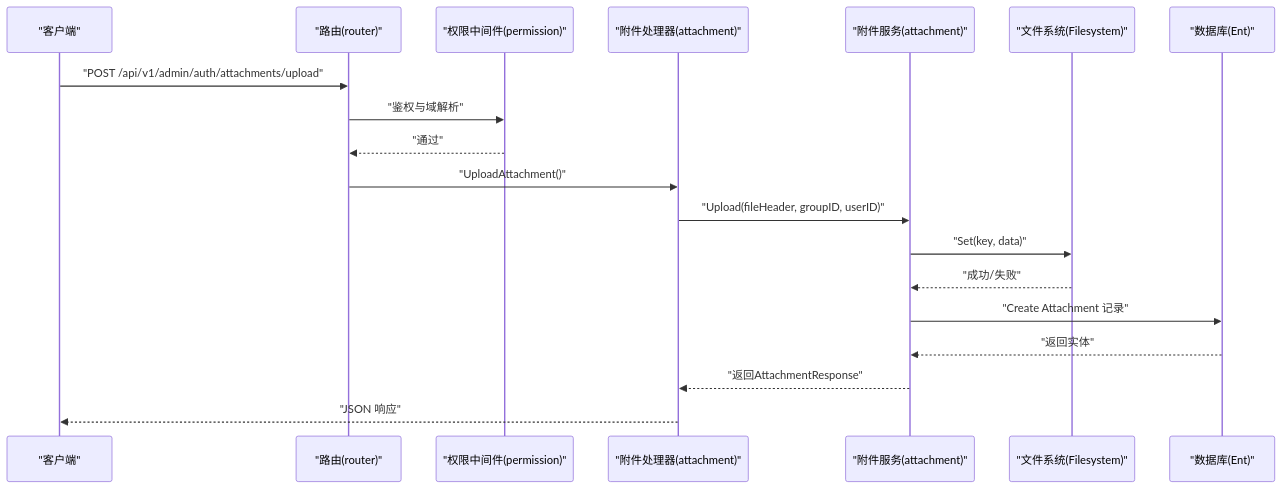
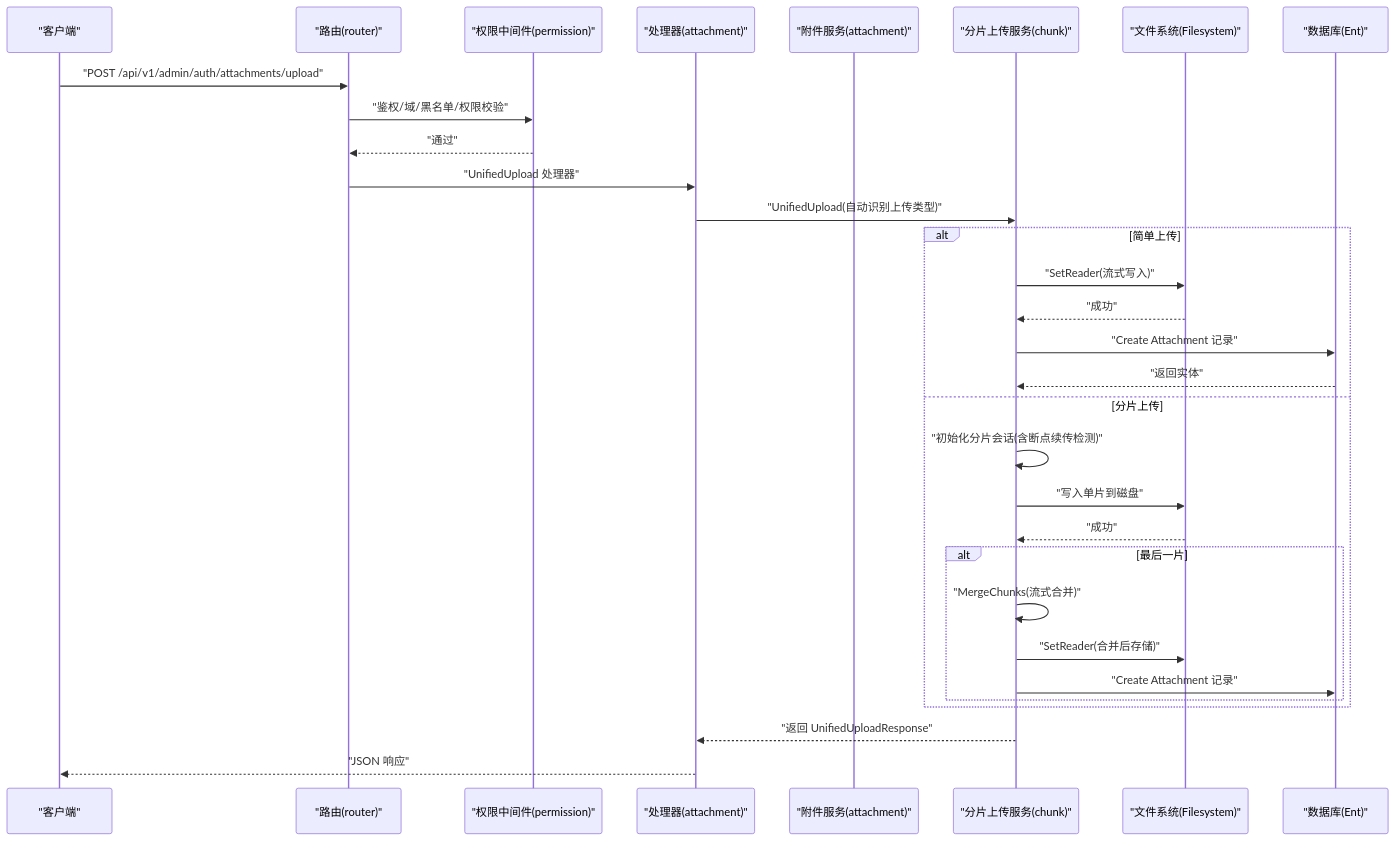
One commit to wuwuseo/e-sports-go-admin changed the second of 7 diagrams in .qoder/repowiki/zh/content/核心模块/文件管理系统.md. Above: the diagram before and after it, drawn with Mermaid. The commit also changed other lines of this file and 42 other files, not shown here.

````diff
--- a/.qoder/repowiki/zh/content/核心模块/文件管理系统.md
+++ b/.qoder/repowiki/zh/content/核心模块/文件管理系统.md
@@ -119,21 +131,33 @@
 ```mermaid
 sequenceDiagram
 participant C as "客户端"
 participant R as "路由(router)"
 participant M as "权限中间件(permission)"
-participant H as "附件处理器(attachment)"
+participant H as "处理器(attachment)"
 participant S as "附件服务(attachment)"
+participant CS as "分片上传服务(chunk)"
 participant F as "文件系统(Filesystem)"
 participant D as "数据库(Ent)"
 C->>R : "POST /api/v1/admin/auth/attachments/upload"
-R->>M : "鉴权与域解析"
+R->>M : "鉴权/域/黑名单/权限校验"
 M-->>R : "通过"
-R->>H : "UploadAttachment()"
-H->>S : "Upload(fileHeader, groupID, userID)"
-S->>F : "Set(key, data)"
-F-->>S : "成功/失败"
-S->>D : "Create Attachment 记录"
-D-->>S : "返回实体"
-S-->>H : "返回AttachmentResponse"
+R->>H : "UnifiedUpload 处理器"
+H->>CS : "UnifiedUpload(自动识别上传类型)"
+alt 简单上传
+CS->>F : "SetReader(流式写入)"
+F-->>CS : "成功"
+CS->>D : "Create Attachment 记录"
+D-->>CS : "返回实体"
+else 分片上传
+CS->>CS : "初始化分片会话(含断点续传检测)"
+CS->>F : "写入单片到磁盘"
+F-->>CS : "成功"
+alt 最后一片
+CS->>CS : "MergeChunks(流式合并)"
+CS->>F : "SetReader(合并后存储)"
+CS->>D : "Create Attachment 记录"
+end
+end
+CS-->>H : "返回 UnifiedUploadResponse"
 H-->>C : "JSON 响应"
 ```
````
